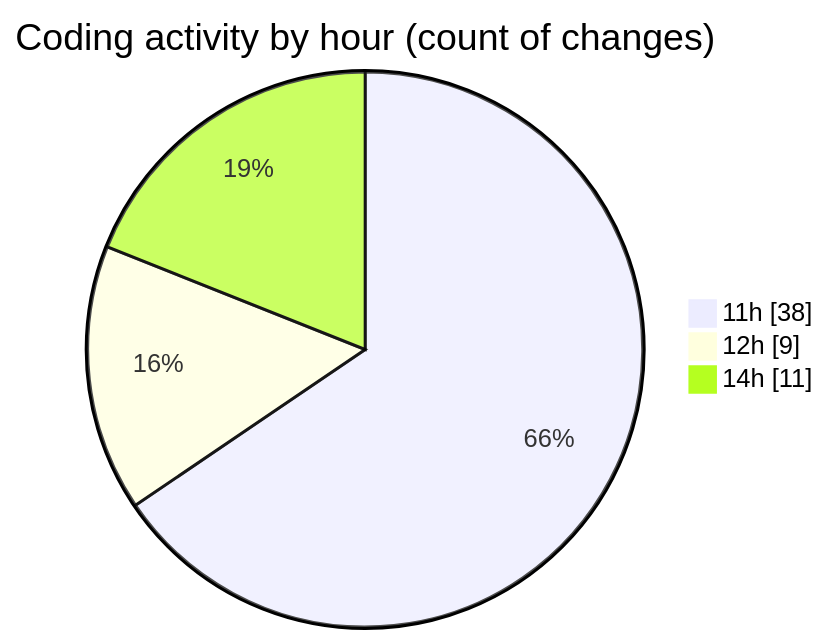
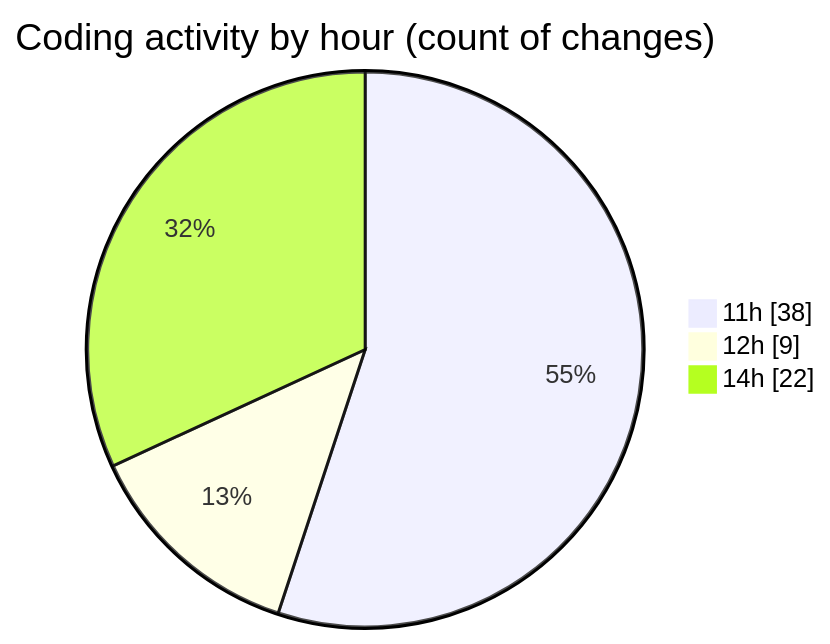
One commit to momahboobian/code-tracking changed the second of 2 diagrams in 2026-03-19/commonwealth-front-end-task/README.md. Above: the diagram before and after it, drawn with Mermaid. The commit also changed other lines of this file and 1 other file, not shown here.

````diff
--- a/2026-03-19/commonwealth-front-end-task/README.md
+++ b/2026-03-19/commonwealth-front-end-task/README.md
@@ -46,7 +50,7 @@
 ```mermaid
 pie showData
 title Coding activity by hour (count of changes)
 "11h" : 38
 "12h" : 9
-"14h" : 11
+"14h" : 22
 ```
````
